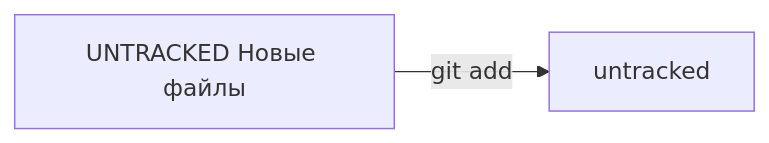
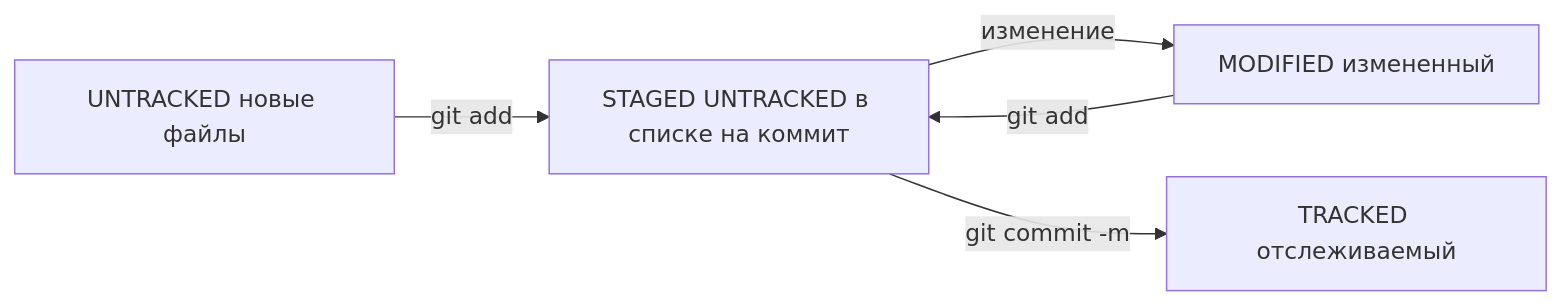
The diagram in README.md (01rbr/assistant-project), drawn with Mermaid before and after one commit.

Commit message:
Тест формата Mermaid

````diff
--- a/README.md
+++ b/README.md
@@ -85,4 +85,7 @@
 ```mermaid
 graph LR;
-   A[UNTRACKED Новые файлы] -- "git add"--> B[untracked];
+   A[UNTRACKED новые файлы] -- "git add"--> B[STAGED UNTRACKED в списке на коммит];
+   C[MODIFIED измененный] -- "git add"--> B[STAGED UNTRACKED в списке на коммит];
+   B[STAGED UNTRACKED в списке на коммит] -- "изменение" --> C[MODIFIED измененный];
+   B[STAGED UNTRACKED в списке на коммит] -- "git commit -m" --> D[TRACKED отслеживаемый];
 ``` 
````
